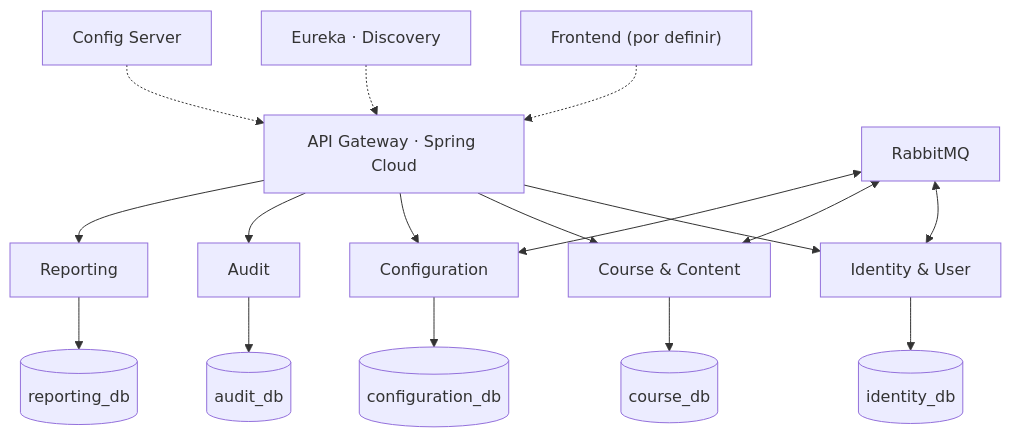
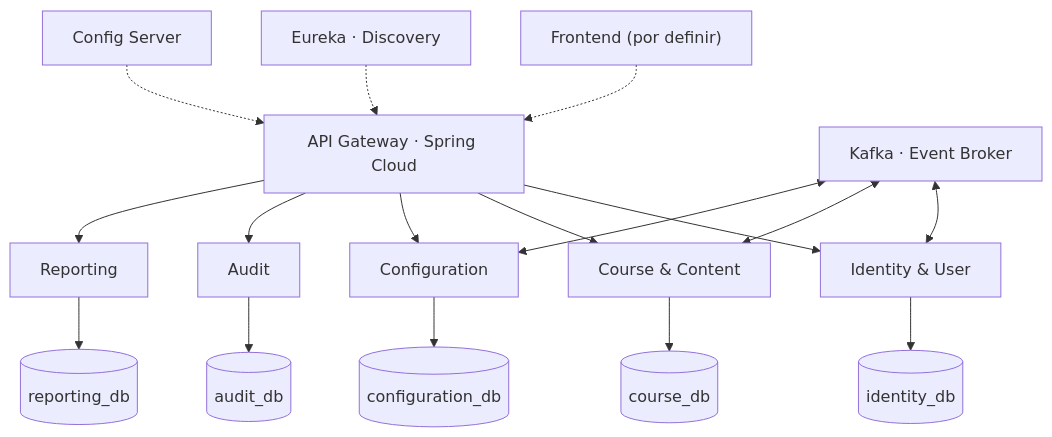
Before and after one commit to 2W2-114324-Carballo-Juarez-Mateo/backoffice-docs: the diagram in docs/resumen.md, drawn with Mermaid. The commit also changed other lines of this file and 12 other files, not shown here.

Commit message:
docs: Kafka como broker (decisión inicial), patrones de diseño, modelo de datos detallado, matriz endpoint→permisos, códigos de error y opcionales

````diff
--- a/docs/resumen.md
+++ b/docs/resumen.md
@@ -17,21 +17,21 @@
 ```mermaid
 flowchart TB
     FE["Frontend (por definir)"] -.-> GW[API Gateway · Spring Cloud]
     GW --> ID[Identity & User]
     GW --> CS[Course & Content]
     GW --> CF[Configuration]
     GW --> AU[Audit]
     GW --> RP[Reporting]
 
     ID --> DB1[(identity_db)]
     CS --> DB2[(course_db)]
     CF --> DB3[(configuration_db)]
     AU --> DB4[(audit_db)]
     RP --> DB5[(reporting_db)]
 
     E[Eureka · Discovery] -.-> GW
     CFG[Config Server] -.-> GW
-    RQ[RabbitMQ] <--> ID
-    RQ <--> CS
-    RQ <--> CF
+    K[Kafka · Event Broker] <--> ID
+    K <--> CS
+    K <--> CF
 ```
````
